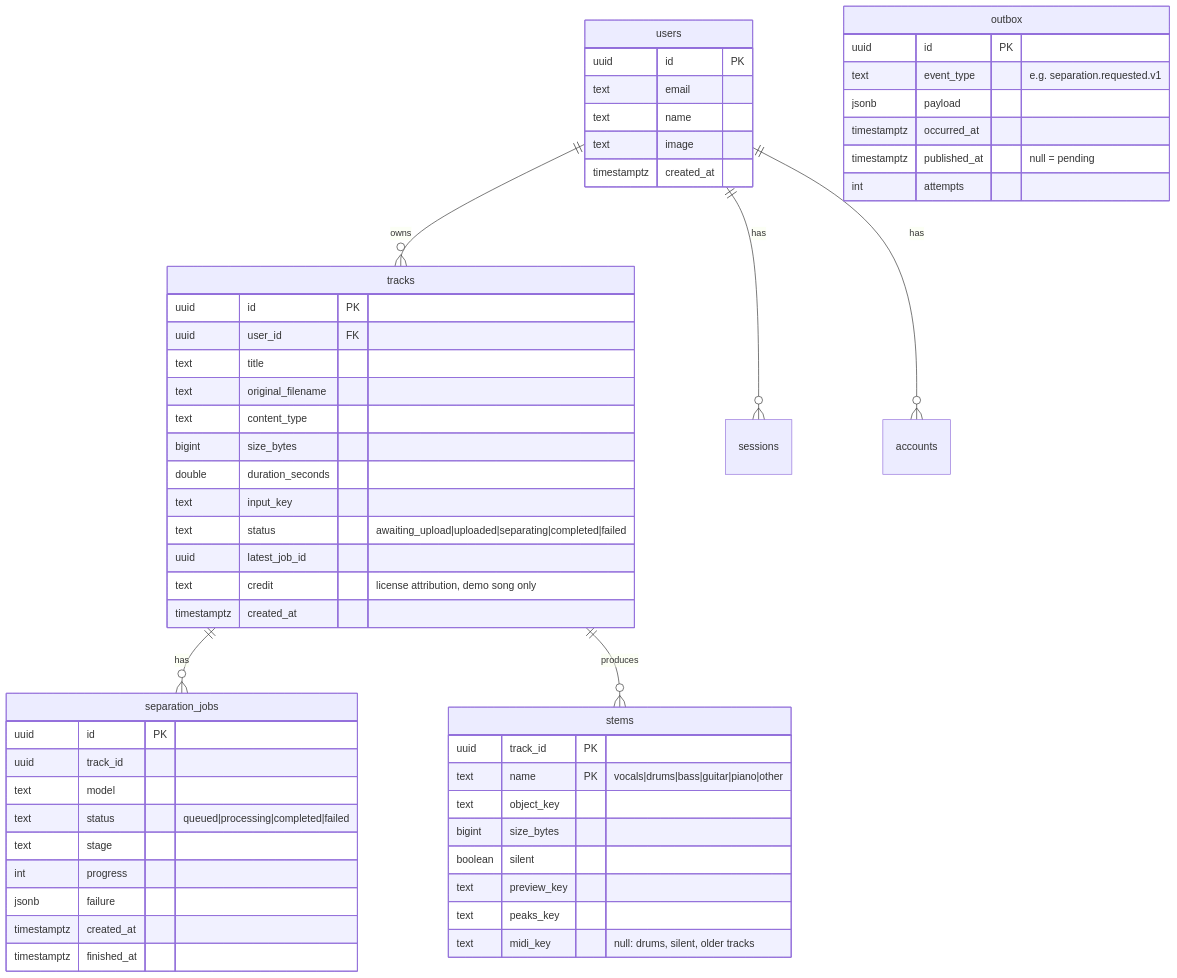
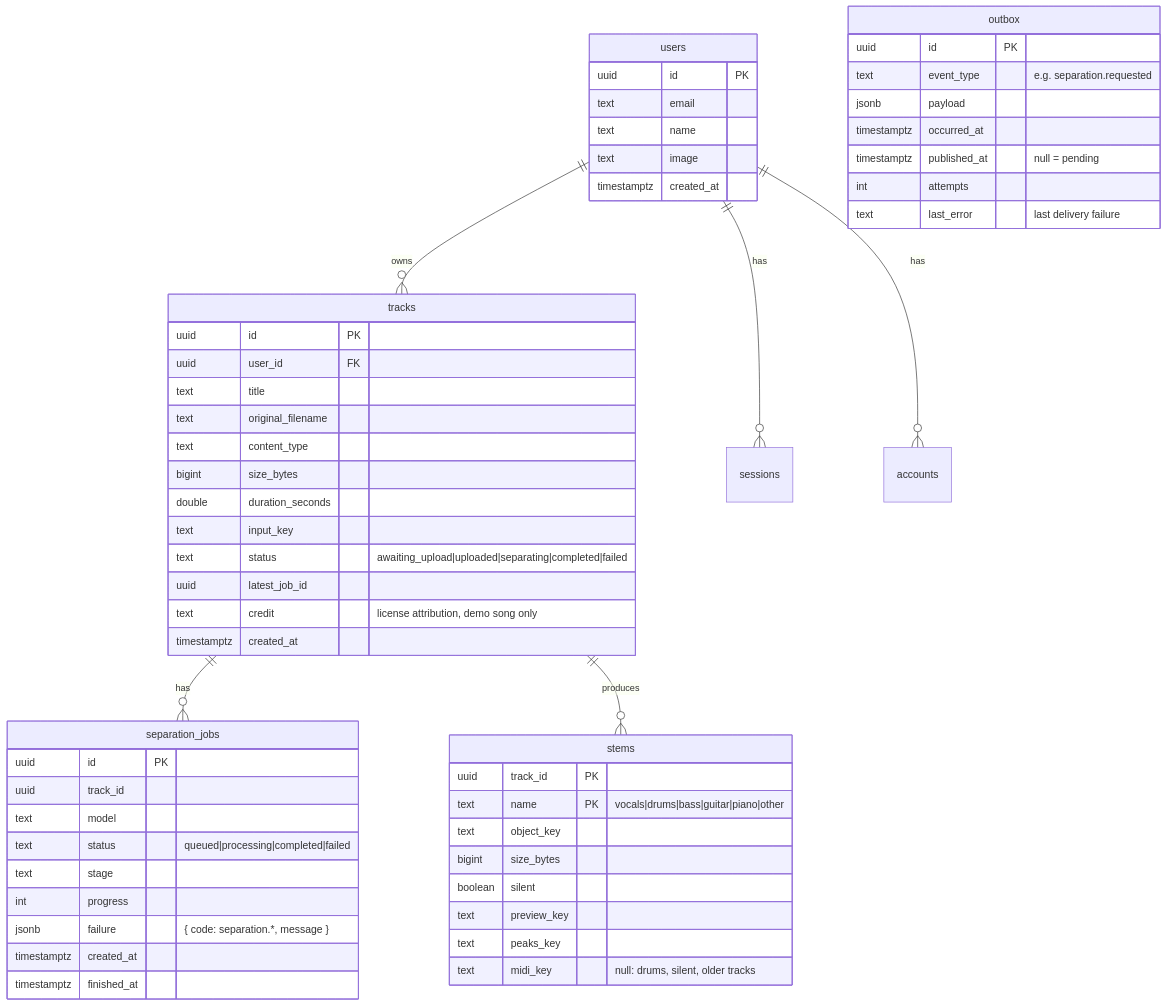
Before and after one commit to llOrtegall/unmix: the diagram in docs/04-data-model.md, drawn with Mermaid. The commit also changed other lines of this file and 3 other files, not shown here.

Commit message:
docs: describe the clean-architecture layout and the current domain

````diff
--- a/docs/04-data-model.md
+++ b/docs/04-data-model.md
@@ -5,59 +5,60 @@
 ```mermaid
 erDiagram
   users ||--o{ tracks : owns
   users ||--o{ sessions : has
   users ||--o{ accounts : has
   tracks ||--o{ separation_jobs : has
   tracks ||--o{ stems : produces
 
   users {
     uuid id PK
     text email
     text name
     text image
     timestamptz created_at
   }
   tracks {
     uuid id PK
     uuid user_id FK
     text title
     text original_filename
     text content_type
     bigint size_bytes
     double duration_seconds
     text input_key
     text status "awaiting_upload|uploaded|separating|completed|failed"
     uuid latest_job_id
     text credit "license attribution, demo song only"
     timestamptz created_at
   }
   separation_jobs {
     uuid id PK
     uuid track_id
     text model
     text status "queued|processing|completed|failed"
     text stage
     int progress
-    jsonb failure
+    jsonb failure "{ code: separation.*, message }"
     timestamptz created_at
     timestamptz finished_at
   }
   stems {
     uuid track_id PK
     text name PK "vocals|drums|bass|guitar|piano|other"
     text object_key
     bigint size_bytes
     boolean silent
     text preview_key
     text peaks_key
     text midi_key "null: drums, silent, older tracks"
   }
   outbox {
     uuid id PK
-    text event_type "e.g. separation.requested.v1"
+    text event_type "e.g. separation.requested"
     jsonb payload
     timestamptz occurred_at
     timestamptz published_at "null = pending"
     int attempts
+    text last_error "last delivery failure"
   }
 ```
````
